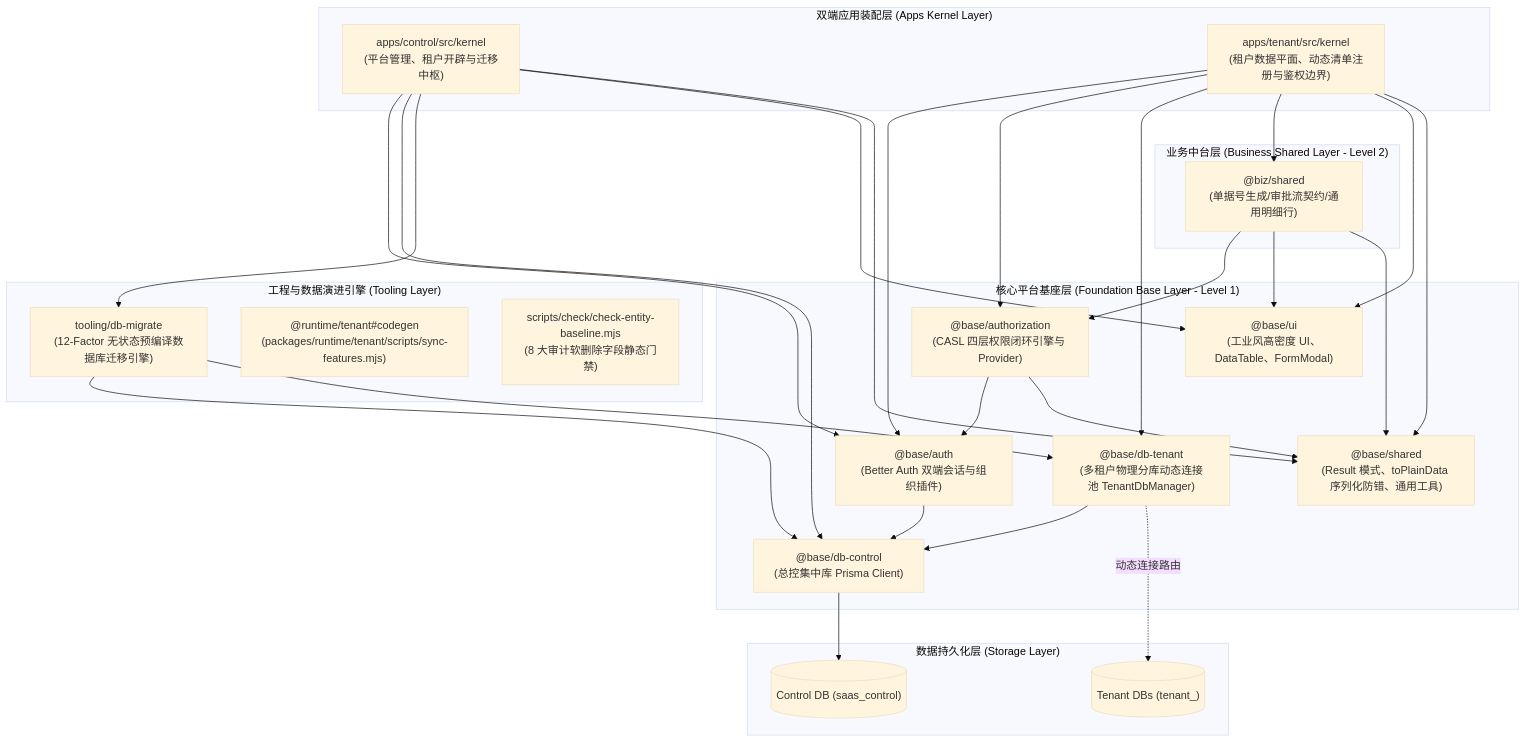
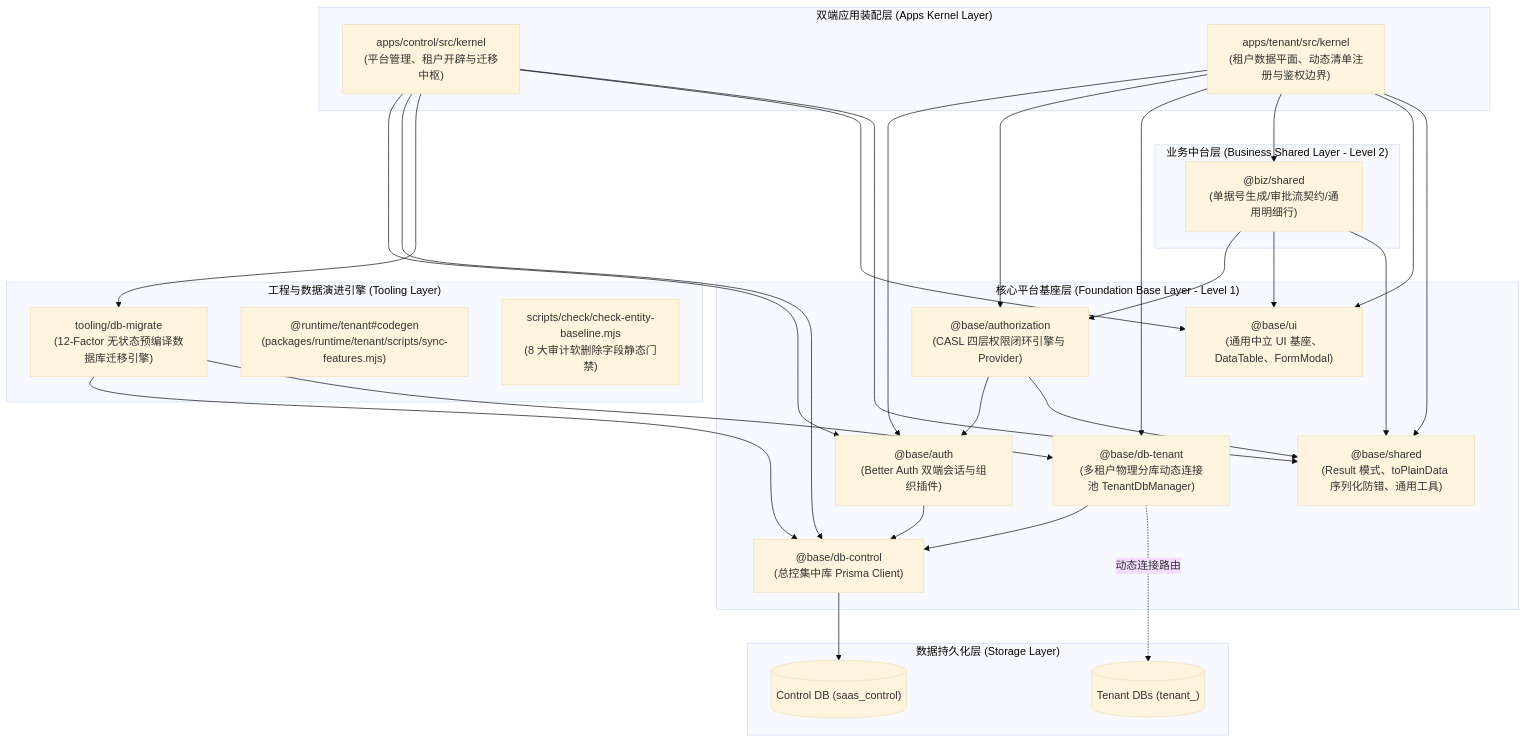
One commit to leohu25/ActivityReservation changed the diagram in .agents/skills/next-saas-base-dev/references/8-base-infrastructure.md. Above: the diagram before and after it, drawn with Mermaid (base theme). The commit also changed other lines of this file and 22 other files, not shown here.

````diff
--- a/.agents/skills/next-saas-base-dev/references/8-base-infrastructure.md
+++ b/.agents/skills/next-saas-base-dev/references/8-base-infrastructure.md
@@ -11,41 +11,41 @@
 ```mermaid
 graph TD
     subgraph Apps["双端应用装配层 (Apps Kernel Layer)"]
         ControlApp["apps/control/src/kernel<br>(平台管理、租户开辟与迁移中枢)"]
         TenantApp["apps/tenant/src/kernel<br>(租户数据平面、动态清单注册与鉴权边界)"]
     end
 
     subgraph BizShared["业务中台层 (Business Shared Layer - Level 2)"]
         BizSharedPkg["@biz/shared<br>(单据号生成/审批流契约/通用明细行)"]
     end
 
     subgraph Foundation["核心平台基座层 (Foundation Base Layer - Level 1)"]
         AuthCore["@base/auth<br>(Better Auth 双端会话与组织插件)"]
         AuthzCore["@base/authorization<br>(CASL 四层权限闭环引擎与 Provider)"]
         DBControl["@base/db-control<br>(总控集中库 Prisma Client)"]
         DBTenant["@base/db-tenant<br>(多租户物理分库动态连接池 TenantDbManager)"]
-        UI["@base/ui<br>(工业风高密度 UI、DataTable、FormModal)"]
+        UI["@base/ui<br>(通用中立 UI 基座、DataTable、FormModal)"]
         Shared["@base/shared<br>(Result 模式、toPlainData 序列化防错、通用工具)"]
     end
 
     subgraph Tooling["工程与数据演进引擎 (Tooling Layer)"]
         DBMigrate["tooling/db-migrate<br>(12-Factor 无状态预编译数据库迁移引擎)"]
         SyncFeatures["@runtime/tenant#codegen<br>(packages/runtime/tenant/scripts/sync-features.mjs)"]
         CheckBaseline["scripts/check/check-entity-baseline.mjs<br>(8 大审计软删除字段静态门禁)"]
     end
 
     subgraph Storage["数据持久化层 (Storage Layer)"]
         ControlDB[("Control DB (saas_control)")]
         TenantDBs[("Tenant DBs (tenant_<slug>)")]
     end
 
     ControlApp --> AuthCore & DBControl & DBMigrate & UI & Shared
     TenantApp --> AuthCore & AuthzCore & DBTenant & BizSharedPkg & UI & Shared
     BizSharedPkg --> AuthzCore & UI & Shared
     AuthCore --> DBControl
     AuthzCore --> AuthCore & Shared
     DBTenant --> DBControl
     DBControl --> ControlDB
     DBTenant -.->|动态连接路由| TenantDBs
     DBMigrate --> DBControl & DBTenant
 ```
````
